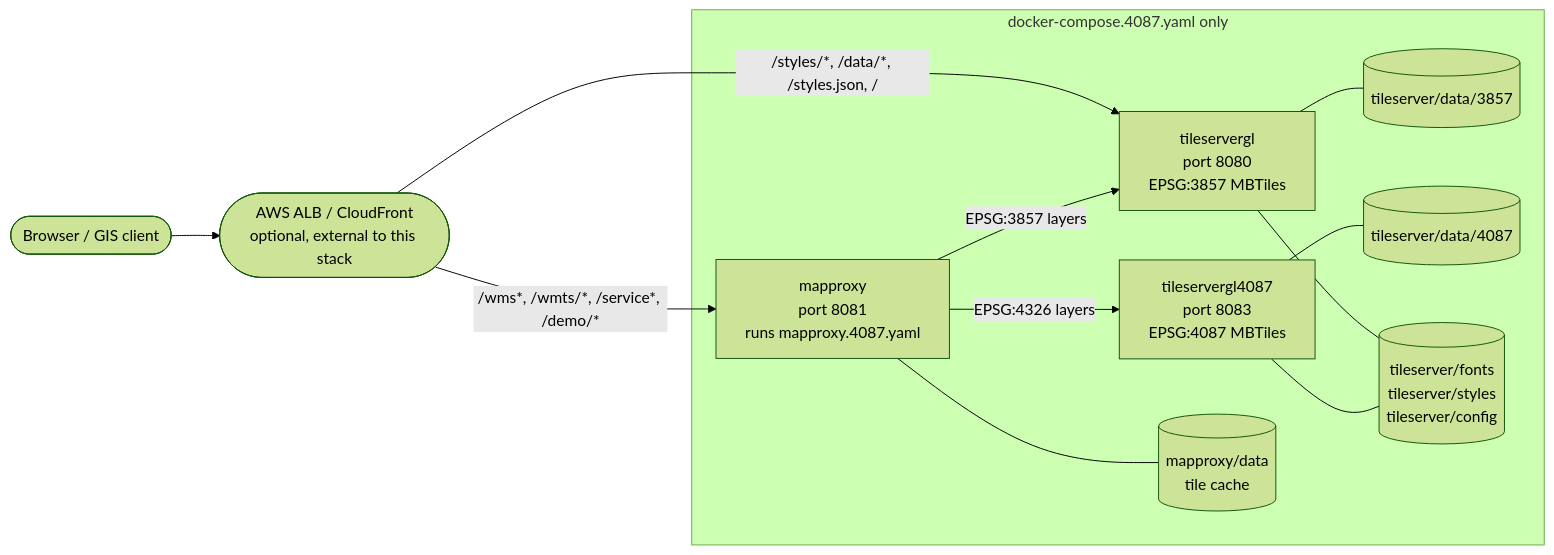
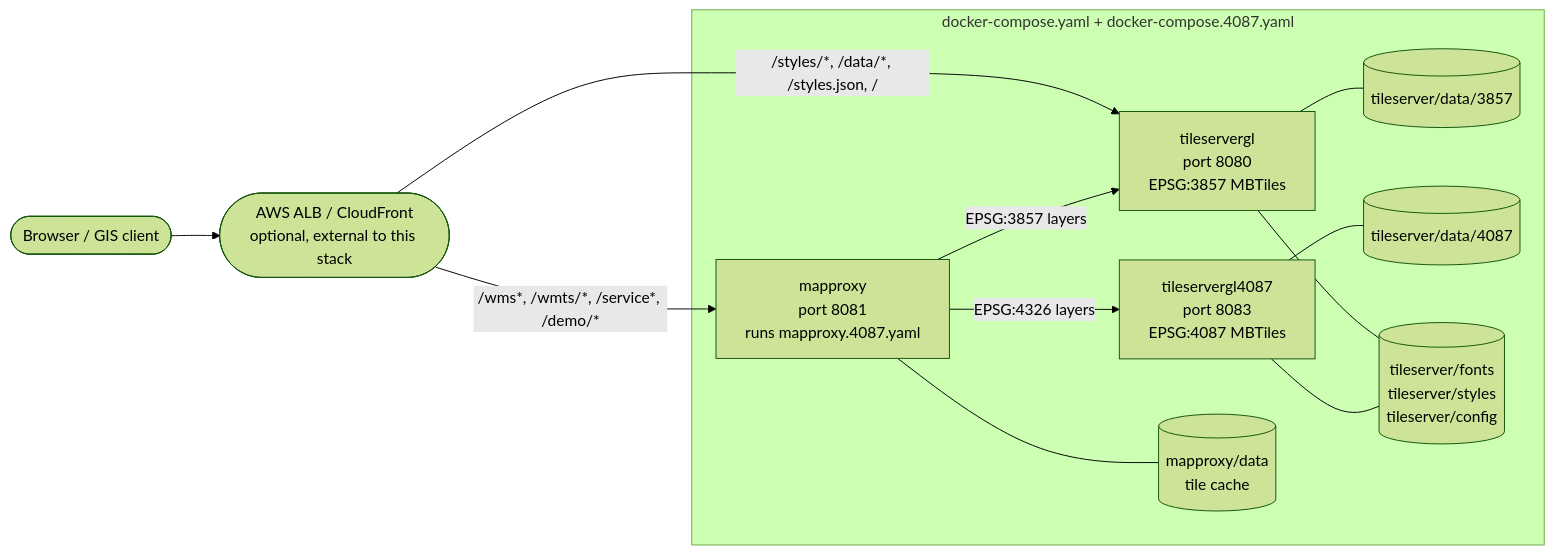
The fourth of 4 diagrams in README.md (ReleasableBasemapTiles/rbt-local), drawn with Mermaid (forest theme) before and after one commit. The commit also changed other lines of this file and 21 other files, not shown here.

````diff
--- a/README.md
+++ b/README.md
@@ -145,26 +145,26 @@
 ```mermaid
 flowchart LR
   client(["Browser / GIS client"])
   edge(["AWS ALB / CloudFront<br/>optional, external to this stack"])
 
-  subgraph stack["docker-compose.4087.yaml only"]
+  subgraph stack["docker-compose.yaml + docker-compose.4087.yaml"]
     mapproxy["mapproxy<br/>port 8081<br/>runs mapproxy.4087.yaml"]
     tileservergl["tileservergl<br/>port 8080<br/>EPSG:3857 MBTiles"]
     tileservergl4087["tileservergl4087<br/>port 8083<br/>EPSG:4087 MBTiles"]
     tilecache[("mapproxy/data<br/>tile cache")]
     mbtiles3857[("tileserver/data/3857")]
     mbtiles4087[("tileserver/data/4087")]
     shared[("tileserver/fonts<br/>tileserver/styles<br/>tileserver/config")]
   end
 
   client --> edge
   edge -->|"/wms*, /wmts/*, /service*, /demo/*"| mapproxy
   edge -->|"/styles/*, /data/*, /styles.json, /"| tileservergl
   mapproxy -->|"EPSG:3857 layers"| tileservergl
   mapproxy -->|"EPSG:4326 layers"| tileservergl4087
   mapproxy --- tilecache
   tileservergl --- mbtiles3857
   tileservergl4087 --- mbtiles4087
   tileservergl --- shared
   tileservergl4087 --- shared
 ```
````
